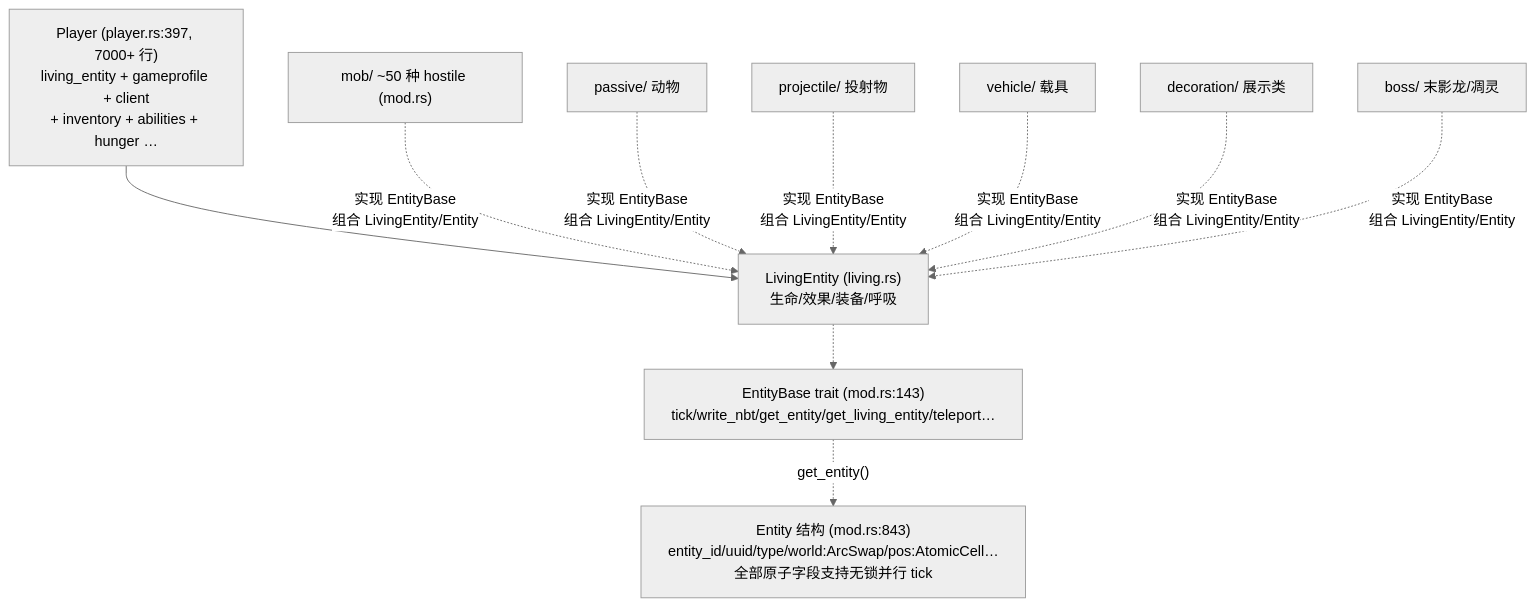
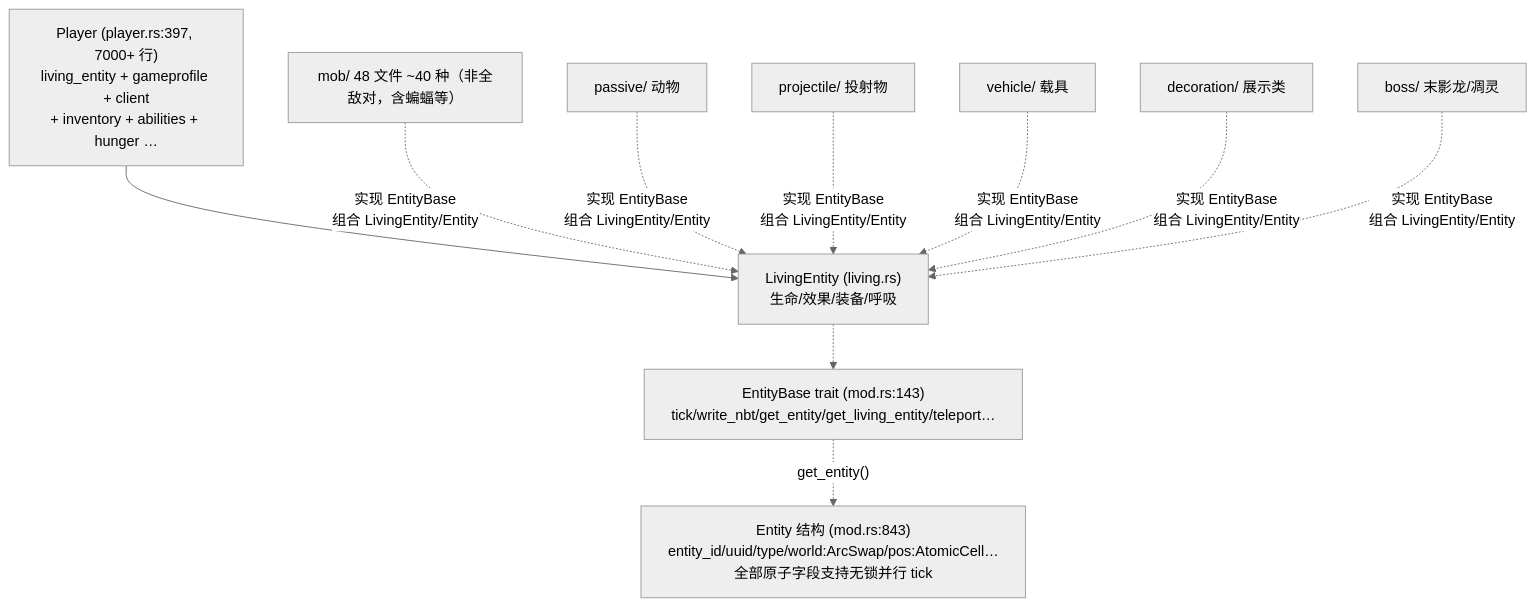
The seventh of 8 diagrams in note/04-模块分析.md (Quotidietium/Papokin), drawn with Mermaid (neutral theme) before and after one commit. The commit also changed other lines of this file and 1 other file, not shown here.

````diff
--- a/note/04-模块分析.md
+++ b/note/04-模块分析.md
@@ -239,17 +249,17 @@
 ```mermaid
 graph TD
     EB["EntityBase trait (mod.rs:143)<br/>tick/write_nbt/get_entity/get_living_entity/teleport…"]
     ENT["Entity 结构 (mod.rs:843)<br/>entity_id/uuid/type/world:ArcSwap/pos:AtomicCell…<br/>全部原子字段支持无锁并行 tick"]
     LE["LivingEntity (living.rs)<br/>生命/效果/装备/呼吸"]
     PL["Player (player.rs:397, 7000+ 行)<br/>living_entity + gameprofile + client<br/>+ inventory + abilities + hunger …"]
-    MOB["mob/ ~50 种 hostile (mod.rs)"]
+    MOB["mob/ 48 文件 ~40 种（非全敌对，含蝙蝠等）"]
     PAS["passive/ 动物"]
     PROJ["projectile/ 投射物"]
     VEH["vehicle/ 载具"]
     DEC["decoration/ 展示类"]
     BOSS["boss/ 末影龙/凋灵"]
     EB -.->|"get_entity()"| ENT
     LE -.-> EB
     PL --> LE
     MOB & PAS & PROJ & VEH & DEC & BOSS -.->|"实现 EntityBase<br/>组合 LivingEntity/Entity"| LE
 ```
````
